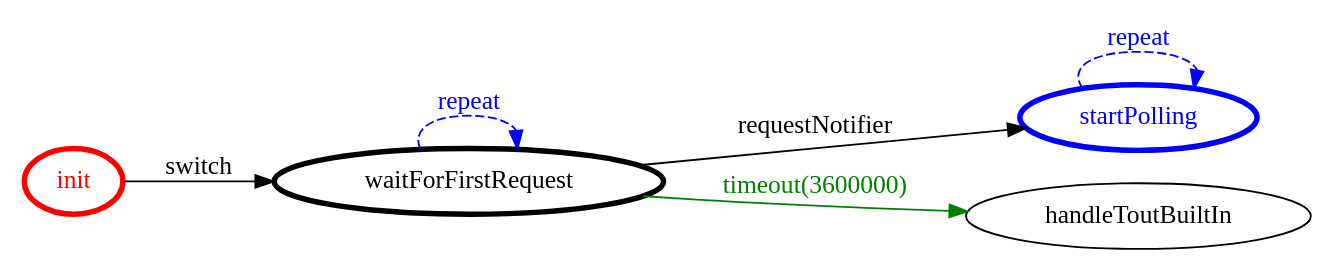
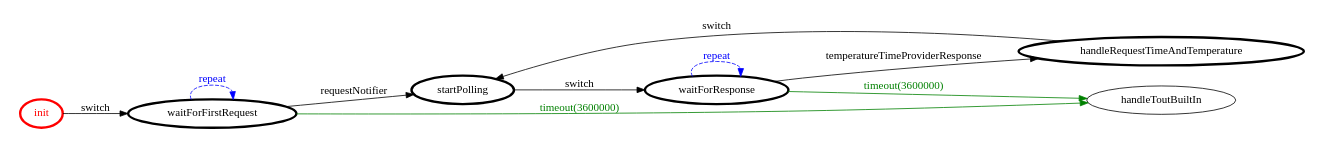
One commit to FraGio/iss2018 changed the diagram in it.unibo.projectRobot/srcMore/it/unibo/notifier/notifier.gv. Above: the diagram before and after it, drawn with Graphviz. The commit also changed 39 other files, not shown here.

```diff
--- a/it.unibo.projectRobot/srcMore/it/unibo/notifier/notifier.gv
+++ b/it.unibo.projectRobot/srcMore/it/unibo/notifier/notifier.gv
@@ -1,21 +1,27 @@
 /*
 *
 * A GraphViz DOT FSM description 
 * Please use a GraphViz visualizer (like http://www.webgraphviz.com)
 *  
 */
 
 digraph finite_state_machine {
 	rankdir=LR
 	size="8,5"
 	
 	init [ color = red ][ fontcolor = red ][ penwidth = 3 ]
 	waitForFirstRequest [ color = black ][ fontcolor = black ][ penwidth = 3 ]
-	startPolling [ color = blue ][ fontcolor = blue ][ penwidth = 3 ]
+	handleRequestTimeAndTemperature [ color = black ][ fontcolor = black ][ penwidth = 3 ]
+	startPolling [ color = black ][ fontcolor = black ][ penwidth = 3 ]
+	waitForResponse [ color = black ][ fontcolor = black ][ penwidth = 3 ]
 	
+	waitForResponse -> handleToutBuiltIn [ label = "timeout(3600000)" ][ color = green ][ fontcolor = green ]
 	init -> waitForFirstRequest [ label = "switch" ][ color = black ][ fontcolor = black ]
-	startPolling -> startPolling [ label = "repeat "][ style = dashed ][ color = blue ][ fontcolor = blue ]
+	waitForResponse -> handleRequestTimeAndTemperature [ label = "temperatureTimeProviderResponse" ][ color = black ][ fontcolor = black ]
+	waitForResponse -> waitForResponse [ label = "repeat "][ style = dashed ][ color = blue ][ fontcolor = blue ]
 	waitForFirstRequest -> startPolling [ label = "requestNotifier" ][ color = black ][ fontcolor = black ]
 	waitForFirstRequest -> waitForFirstRequest [ label = "repeat "][ style = dashed ][ color = blue ][ fontcolor = blue ]
+	startPolling -> waitForResponse [ label = "switch" ][ color = black ][ fontcolor = black ]
+	handleRequestTimeAndTemperature -> startPolling [ label = "switch" ][ color = black ][ fontcolor = black ]
 	waitForFirstRequest -> handleToutBuiltIn [ label = "timeout(3600000)" ][ color = green ][ fontcolor = green ]
 }
```
